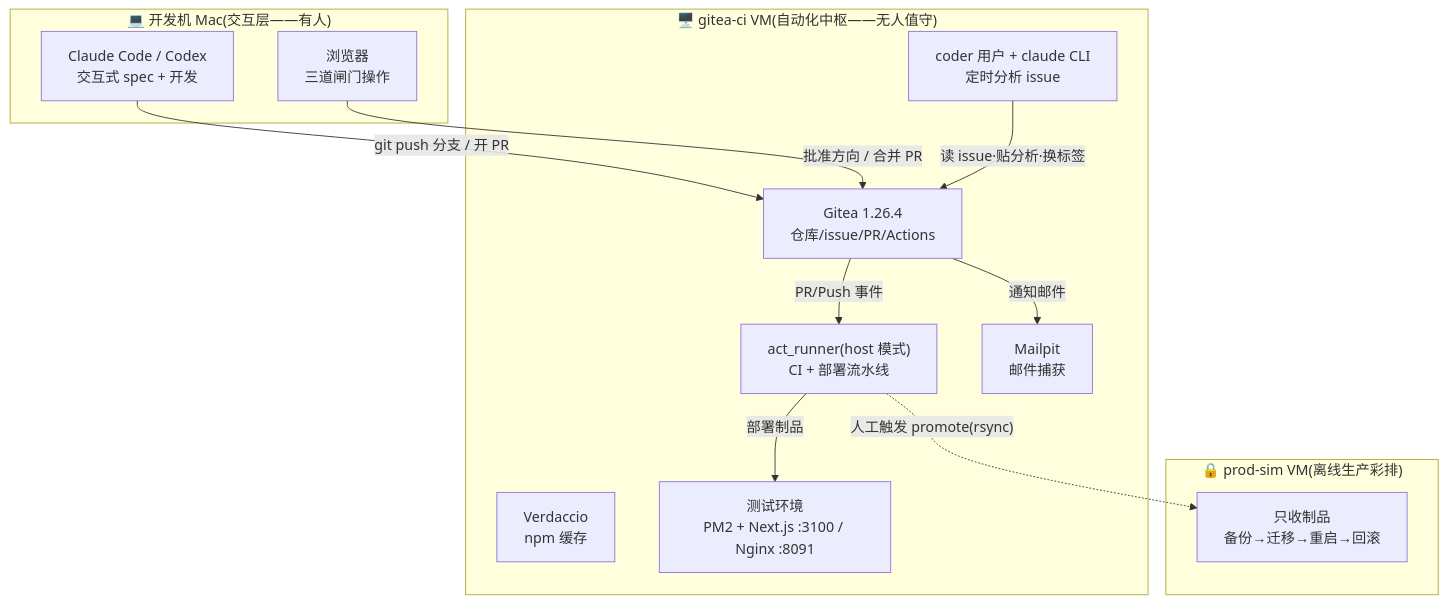
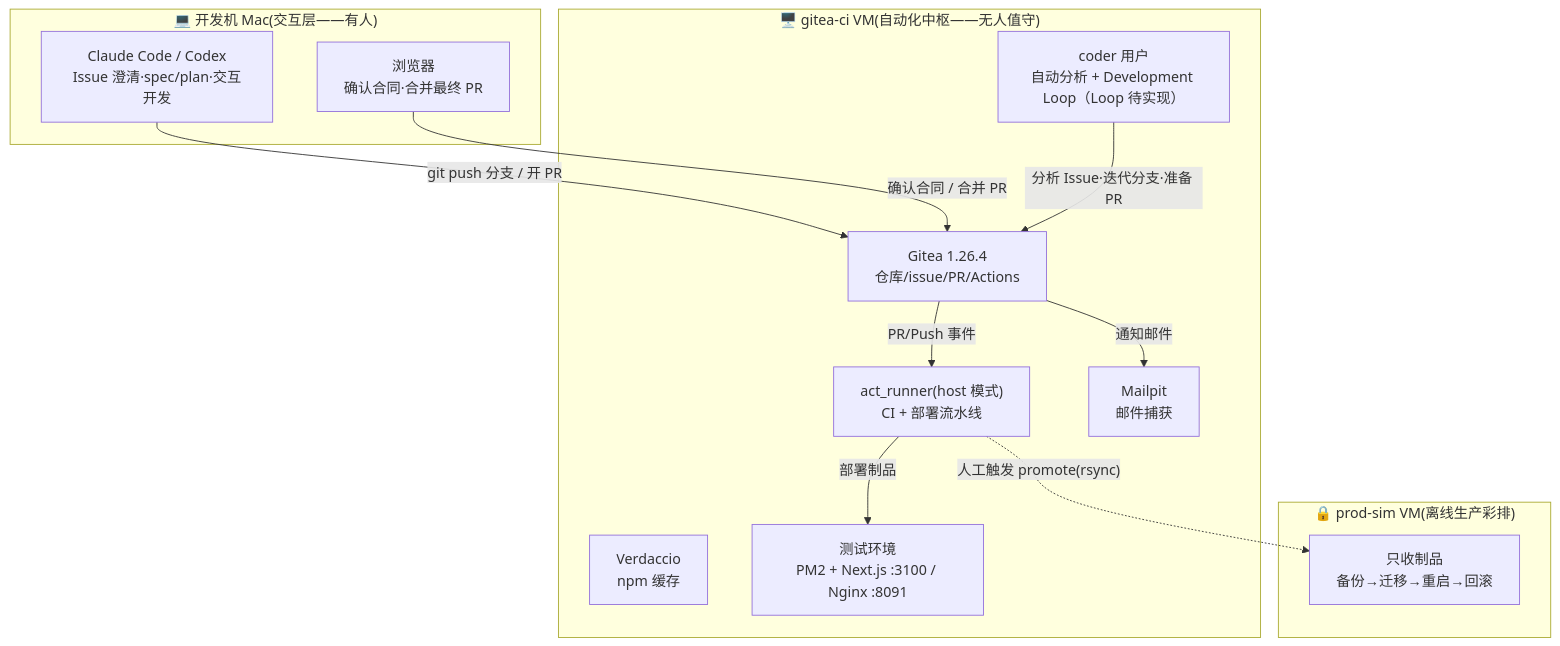
One commit to BenQue/AIGitea changed the first of 2 diagrams in README.md. Above: the diagram before and after it, drawn with Mermaid. The commit also changed other lines of this file and 7 other files, not shown here.

````diff
--- a/README.md
+++ b/README.md
@@ -21,28 +24,28 @@
 ```mermaid
 flowchart TB
     subgraph MAC["💻 开发机 Mac(交互层——有人)"]
-        DEV["Claude Code / Codex<br/>交互式 spec + 开发"]
-        BROWSER["浏览器<br/>三道闸门操作"]
+        DEV["Claude Code / Codex<br/>Issue 澄清·spec/plan·交互开发"]
+        BROWSER["浏览器<br/>确认合同·合并最终 PR"]
     end
 
     subgraph VM1["🖥️ gitea-ci VM(自动化中枢——无人值守)"]
         GITEA["Gitea 1.26.4<br/>仓库/issue/PR/Actions"]
         RUNNER["act_runner(host 模式)<br/>CI + 部署流水线"]
-        AGENT["coder 用户 + claude CLI<br/>定时分析 issue"]
+        AGENT["coder 用户<br/>自动分析 + Development Loop（Loop 待实现）"]
         VERD["Verdaccio<br/>npm 缓存"]
         MAIL["Mailpit<br/>邮件捕获"]
         TEST["测试环境<br/>PM2 + Next.js :3100 / Nginx :8091"]
     end
 
     subgraph VM2["🔒 prod-sim VM(离线生产彩排)"]
         PROD["只收制品<br/>备份→迁移→重启→回滚"]
     end
 
     DEV -->|"git push 分支 / 开 PR"| GITEA
-    BROWSER -->|"批准方向 / 合并 PR"| GITEA
-    AGENT -->|"读 issue·贴分析·换标签"| GITEA
+    BROWSER -->|"确认合同 / 合并 PR"| GITEA
+    AGENT -->|"分析 Issue·迭代分支·准备 PR"| GITEA
     GITEA -->|"PR/Push 事件"| RUNNER
     RUNNER -->|"部署制品"| TEST
     RUNNER -.->|"人工触发 promote(rsync)"| PROD
     GITEA -->|"通知邮件"| MAIL
 ```
````
